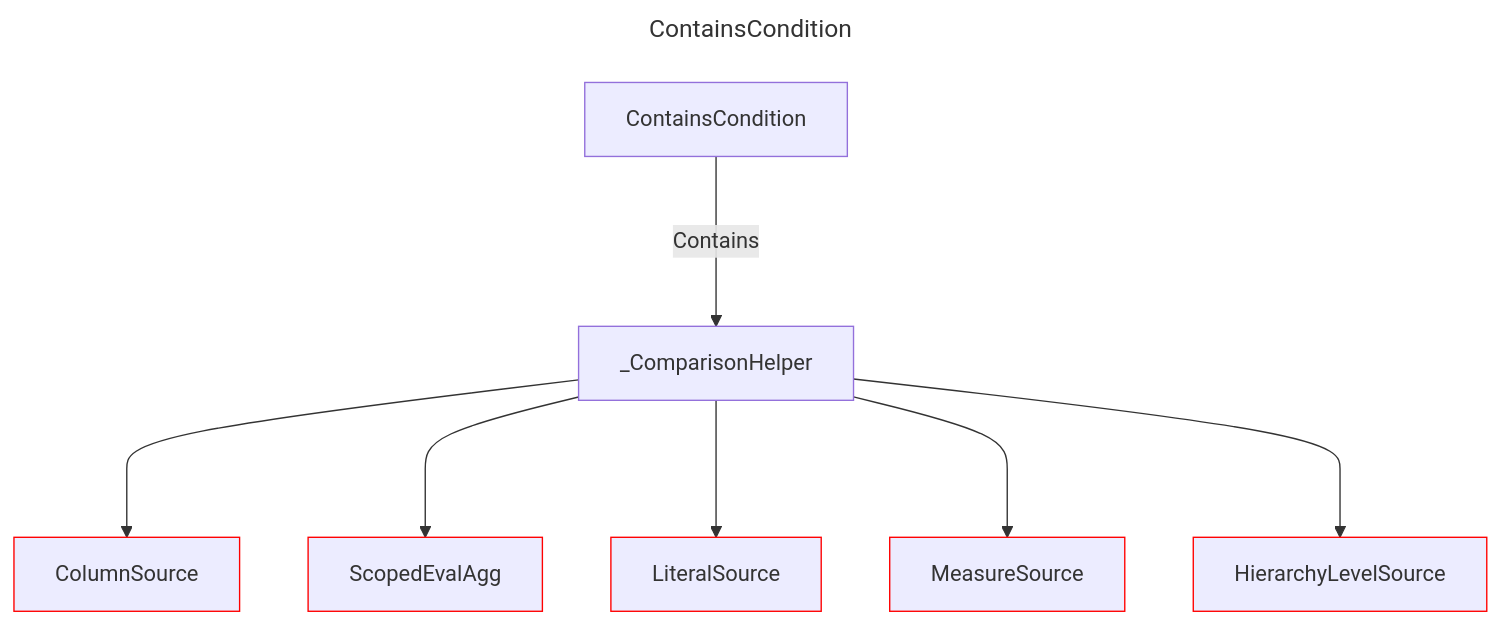
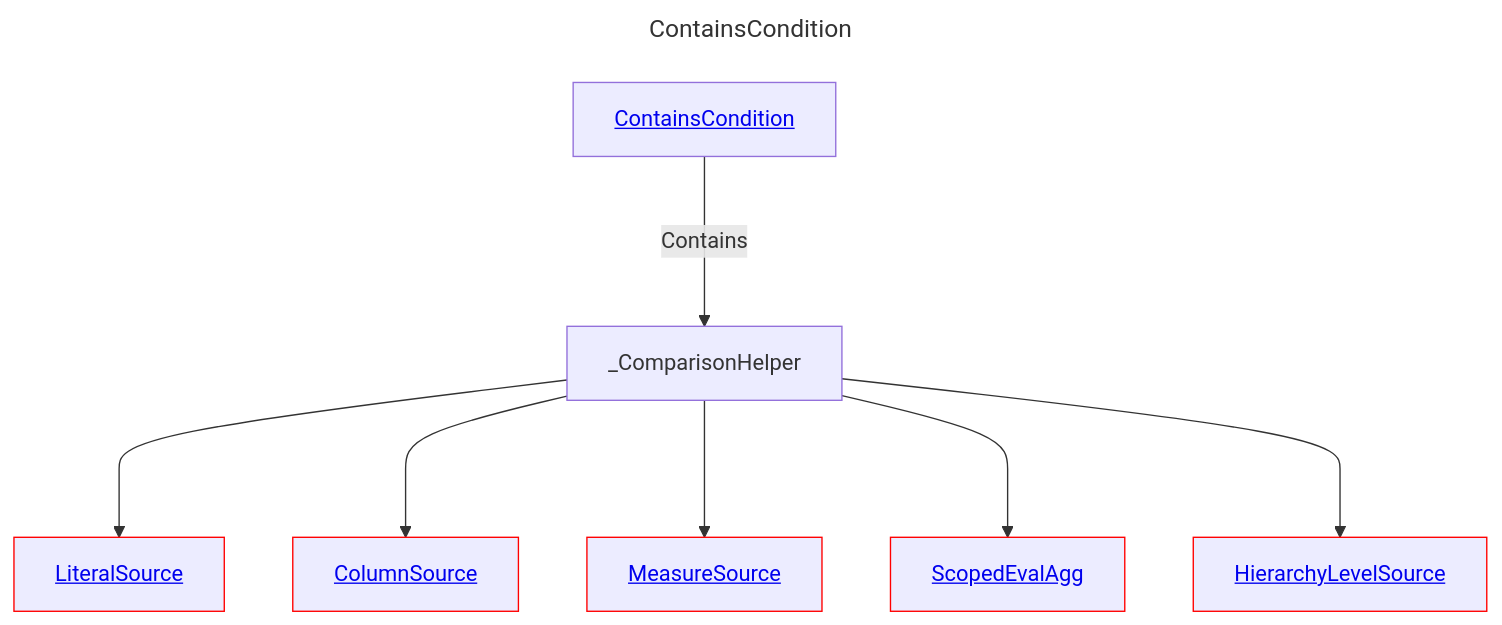
Before and after one commit to douglassimonsen/pbi_core: the diagram in docs/docs/layout/erd/ContainsCondition.md, drawn with Mermaid. The commit also changed 76 other files, not shown here.

````diff
--- a/docs/docs/layout/erd/ContainsCondition.md
+++ b/docs/docs/layout/erd/ContainsCondition.md
@@ -1,24 +1,24 @@
 ```mermaid
 ---
 title: ContainsCondition
 ---
 graph 
-2430071846064["ContainsCondition"]
-2430071365824["ColumnSource"]
-style 2430071365824 stroke:#ff0000,stroke-width:1px
-2430071371680["ScopedEvalAgg"]
-style 2430071371680 stroke:#ff0000,stroke-width:1px
-2430071816784["LiteralSource"]
-style 2430071816784 stroke:#ff0000,stroke-width:1px
-2430071832400["_ComparisonHelper"]
-2430071363872["HierarchyLevelSource"]
-style 2430071363872 stroke:#ff0000,stroke-width:1px
-2430071359968["MeasureSource"]
-style 2430071359968 stroke:#ff0000,stroke-width:1px
-2430071832400 ---> 2430071365824
-2430071846064 --->|Contains| 2430071832400
-2430071832400 ---> 2430071371680
-2430071832400 ---> 2430071816784
-2430071832400 ---> 2430071359968
-2430071832400 ---> 2430071363872
+ColumnSource[<a href='/layout/erd/ColumnSource'>ColumnSource</a>]
+style ColumnSource stroke:#ff0000,stroke-width:1px
+ContainsCondition[<a href='/layout/erd/ContainsCondition'>ContainsCondition</a>]
+HierarchyLevelSource[<a href='/layout/erd/HierarchyLevelSource'>HierarchyLevelSource</a>]
+style HierarchyLevelSource stroke:#ff0000,stroke-width:1px
+LiteralSource[<a href='/layout/erd/LiteralSource'>LiteralSource</a>]
+style LiteralSource stroke:#ff0000,stroke-width:1px
+MeasureSource[<a href='/layout/erd/MeasureSource'>MeasureSource</a>]
+style MeasureSource stroke:#ff0000,stroke-width:1px
+ScopedEvalAgg[<a href='/layout/erd/ScopedEvalAgg'>ScopedEvalAgg</a>]
+style ScopedEvalAgg stroke:#ff0000,stroke-width:1px
+_ComparisonHelper[_ComparisonHelper]
+_ComparisonHelper ---> LiteralSource
+_ComparisonHelper ---> ColumnSource
+_ComparisonHelper ---> MeasureSource
+_ComparisonHelper ---> ScopedEvalAgg
+ContainsCondition --->|Contains| _ComparisonHelper
+_ComparisonHelper ---> HierarchyLevelSource
 ```
````
